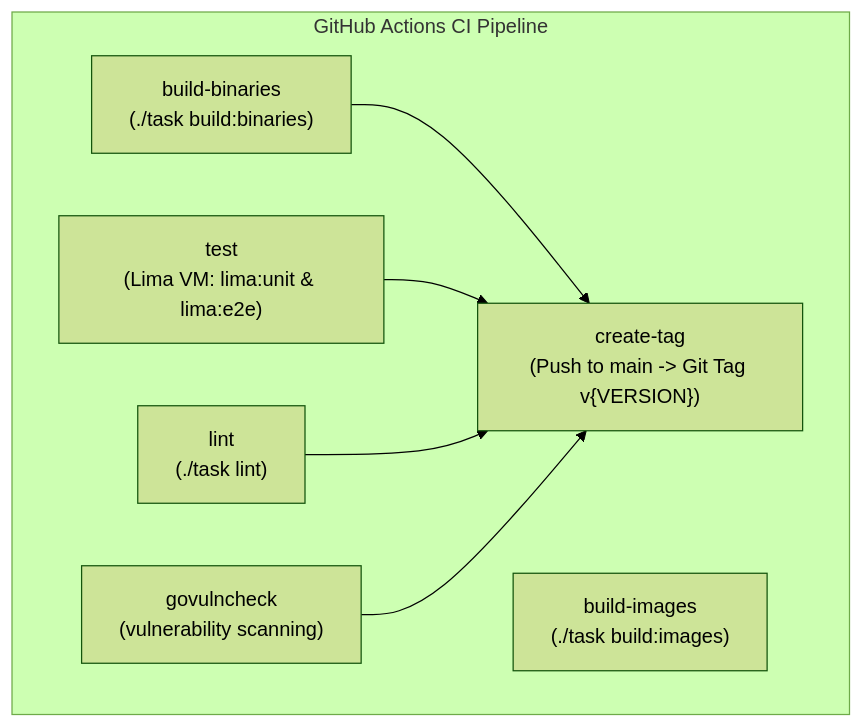
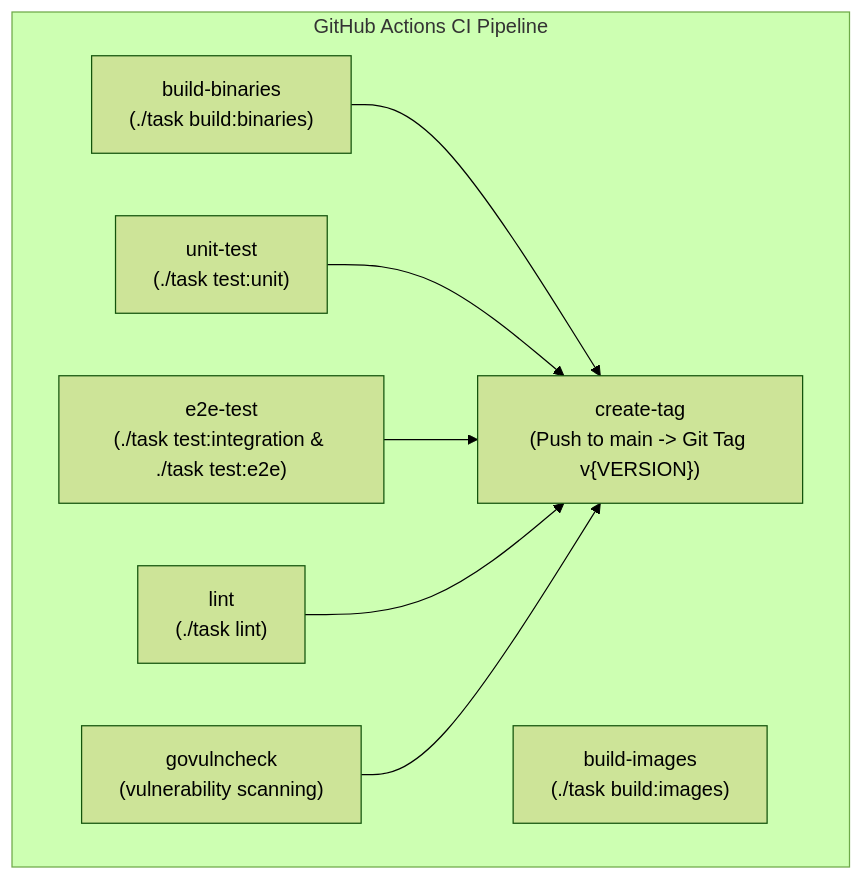
One commit to berquerant/pneutrinoutil changed the diagram in .agent/skills/testing-patterns/SKILL.md. Above: the diagram before and after it, drawn with Mermaid (forest theme). The commit also changed other lines of this file and 9 other files, not shown here.

````diff
--- a/.agent/skills/testing-patterns/SKILL.md
+++ b/.agent/skills/testing-patterns/SKILL.md
@@ -315,16 +313,18 @@
 ```mermaid
 flowchart TD
     subgraph CI["GitHub Actions CI Pipeline"]
         B1["build-binaries<br/>(./task build:binaries)"]
         B2["build-images<br/>(./task build:images)"]
-        T["test<br/>(Lima VM: lima:unit & lima:e2e)"]
+        TU["unit-test<br/>(./task test:unit)"]
+        TE["e2e-test<br/>(./task test:integration & ./task test:e2e)"]
         L["lint<br/>(./task lint)"]
         V["govulncheck<br/>(vulnerability scanning)"]
         TAG["create-tag<br/>(Push to main -> Git Tag v{VERSION})"]
 
         B1 --> TAG
-        T --> TAG
+        TU --> TAG
+        TE --> TAG
         L --> TAG
         V --> TAG
     end
 ```
````
